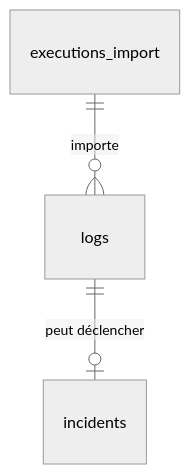
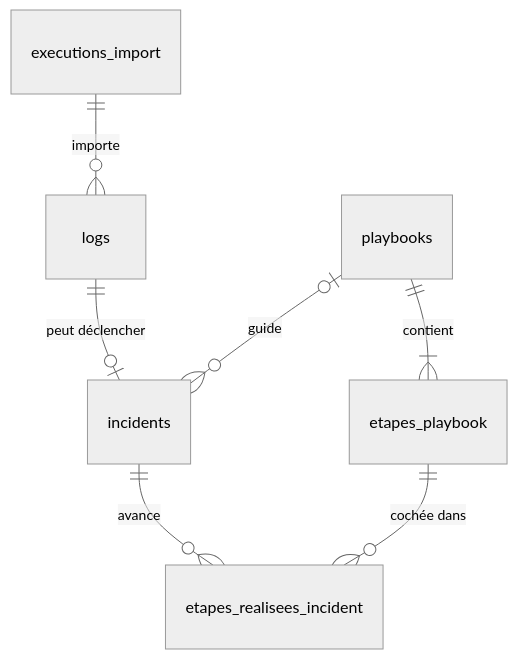
Before and after one commit to kalash-alertes/Private-: the diagram in docs/technical/database.md, drawn with Mermaid (neutral theme). The commit also changed other lines of this file and 131 other files, not shown here.

````diff
--- a/docs/technical/database.md
+++ b/docs/technical/database.md
@@ -6,5 +6,9 @@
 ```mermaid
 erDiagram
     executions_import ||--o{ logs : "importe"
     logs ||--o| incidents : "peut déclencher"
+    playbooks ||--|{ etapes_playbook : "contient"
+    playbooks |o--o{ incidents : "guide"
+    incidents ||--o{ etapes_realisees_incident : "avance"
+    etapes_playbook ||--o{ etapes_realisees_incident : "cochée dans"
 ```
````
